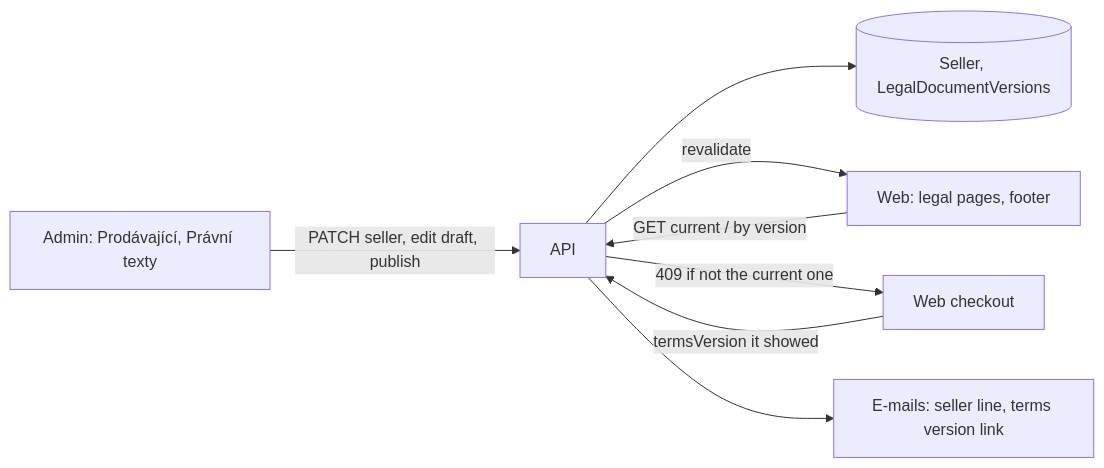
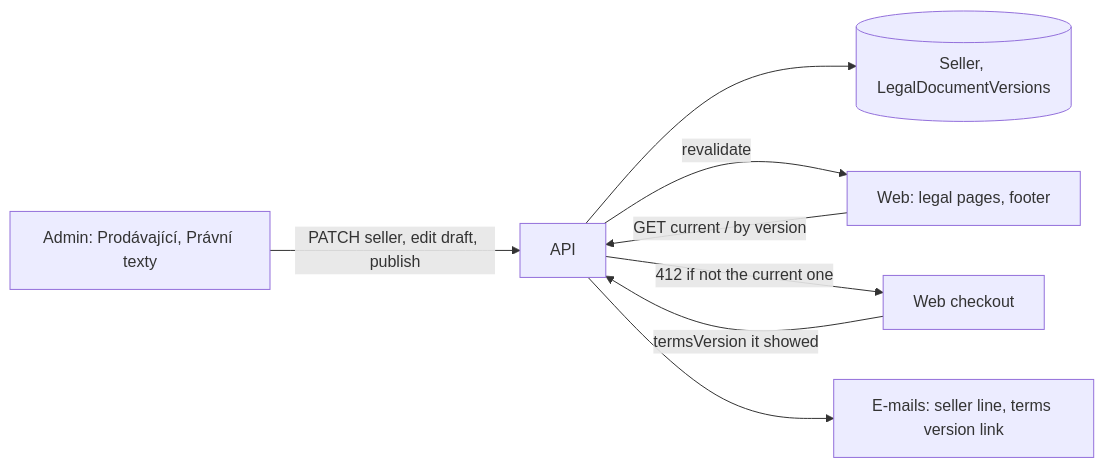
The diagram in features/2026-11-01-legal-texts/README.md (klotilda-lisejnikova/klotilda), drawn with Mermaid before and after one commit. The commit also changed other lines of this file and 27 other files, not shown here.

````diff
--- a/features/2026-11-01-legal-texts/README.md
+++ b/features/2026-11-01-legal-texts/README.md
@@ -23,10 +23,10 @@
 ```mermaid
 flowchart LR
   admin[Admin: Prodávající, Právní texty] -->|PATCH seller, edit draft, publish| api[API]
   api --> db[(Seller, LegalDocumentVersions)]
   api -->|revalidate| web[Web: legal pages, footer]
   web -->|GET current / by version| api
   checkout[Web checkout] -->|termsVersion it showed| api
-  api -->|409 if not the current one| checkout
+  api -->|412 if not the current one| checkout
   api --> mail[E-mails: seller line, terms version link]
 ```
````
